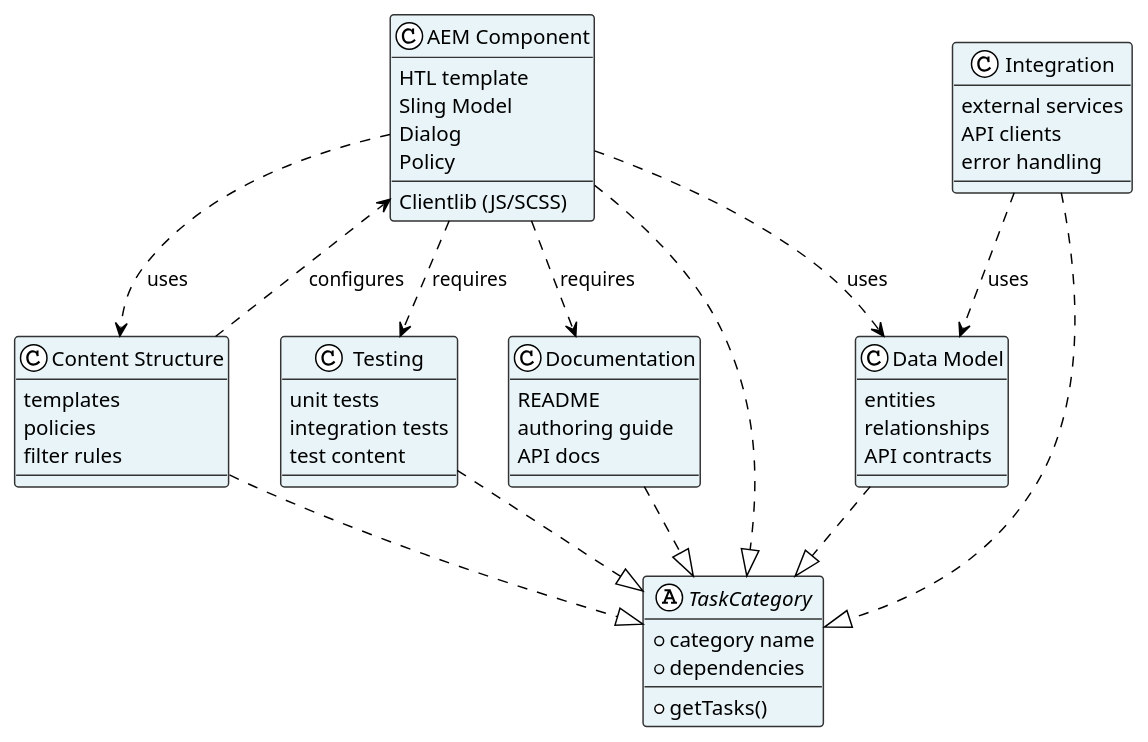
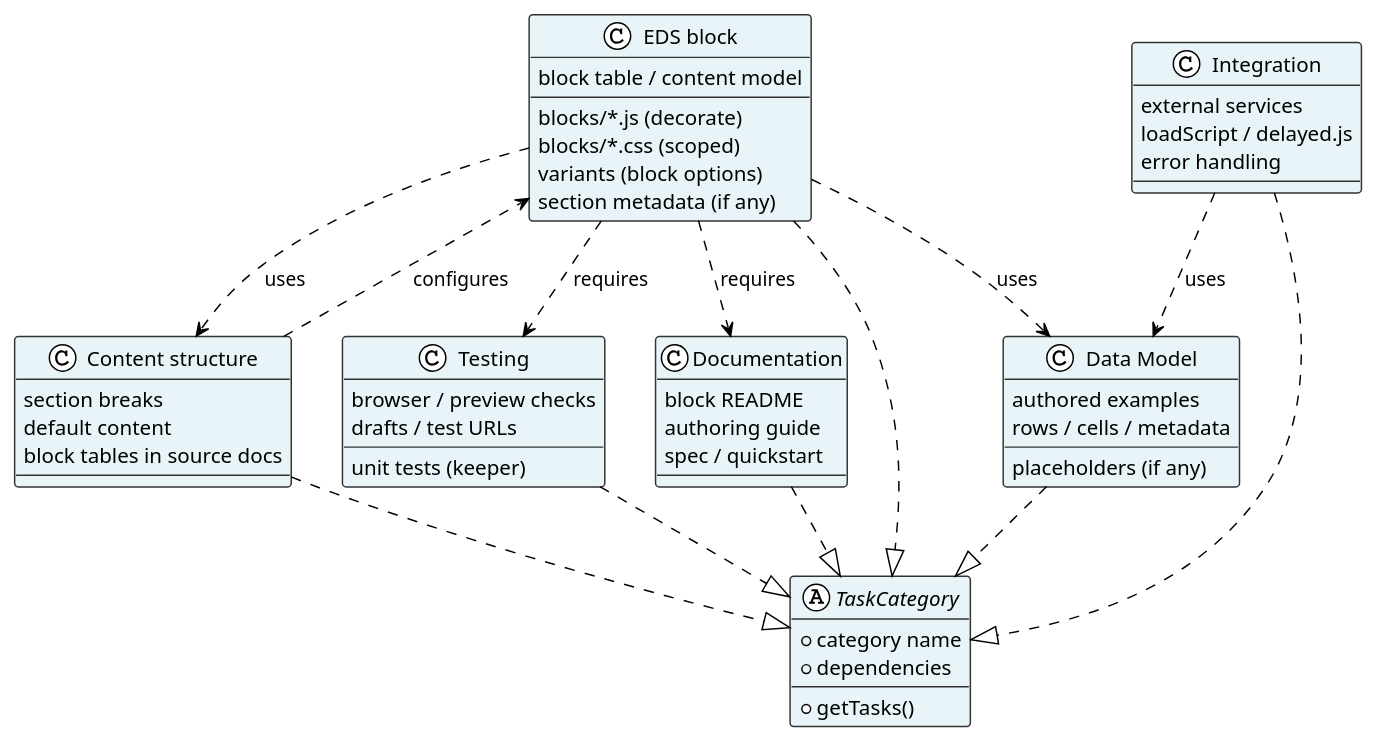
The diagram in .specify/docs/diagrams/speckit-task-categories.puml (mariorodriguez-creator/nitroblocks), drawn with PlantUML before and after one commit. The commit also changed 31 other files, not shown here.

```diff
--- a/.specify/docs/diagrams/speckit-task-categories.puml
+++ b/.specify/docs/diagrams/speckit-task-categories.puml
@@ -1,61 +1,61 @@
 @startuml speckit-task-categories
 !theme plain
 skinparam class {
   BackgroundColor #E8F4F8
   BorderColor #333
 }
 
 abstract class "TaskCategory" {
   + category name
   + dependencies
   --
   + getTasks()
 }
 
-class "AEM Component" as comp {
-  HTL template
-  Sling Model
-  Dialog
-  Policy
-  Clientlib (JS/SCSS)
+class "EDS block" as comp {
+  blocks/*.js (decorate)
+  blocks/*.css (scoped)
+  block table / content model
+  variants (block options)
+  section metadata (if any)
 }
 class "Data Model" as dm {
-  entities
-  relationships
-  API contracts
+  authored examples
+  rows / cells / metadata
+  placeholders (if any)
 }
 class "Integration" as int {
   external services
-  API clients
+  loadScript / delayed.js
   error handling
 }
-class "Content Structure" as content {
-  templates
-  policies
-  filter rules
+class "Content structure" as content {
+  section breaks
+  default content
+  block tables in source docs
 }
 class "Testing" as test {
-  unit tests
-  integration tests
-  test content
+  unit tests (keeper)
+  browser / preview checks
+  drafts / test URLs
 }
 class "Documentation" as doc {
-  README
+  block README
   authoring guide
-  API docs
+  spec / quickstart
 }
 
 comp ..|> TaskCategory
 dm ..|> TaskCategory
 int ..|> TaskCategory
 content ..|> TaskCategory
 test ..|> TaskCategory
 doc ..|> TaskCategory
 
 comp ..> dm : uses
 comp ..> content : uses
 comp ..> test : requires
 comp ..> doc : requires
 int ..> dm : uses
 content ..> comp : configures
 @enduml
```
